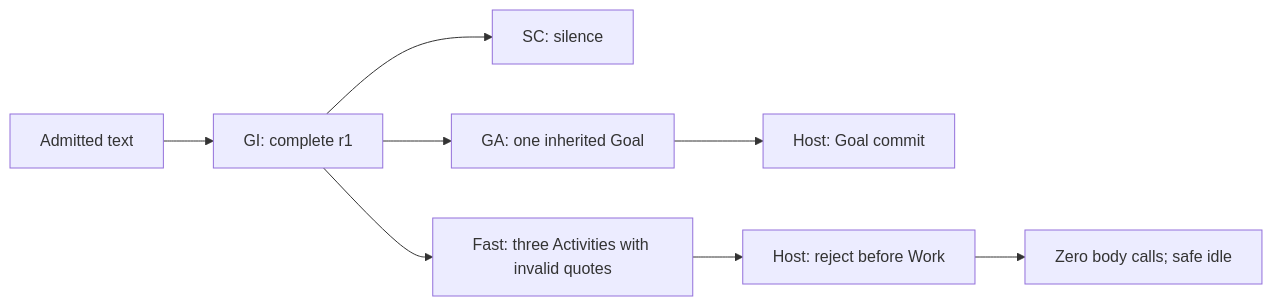
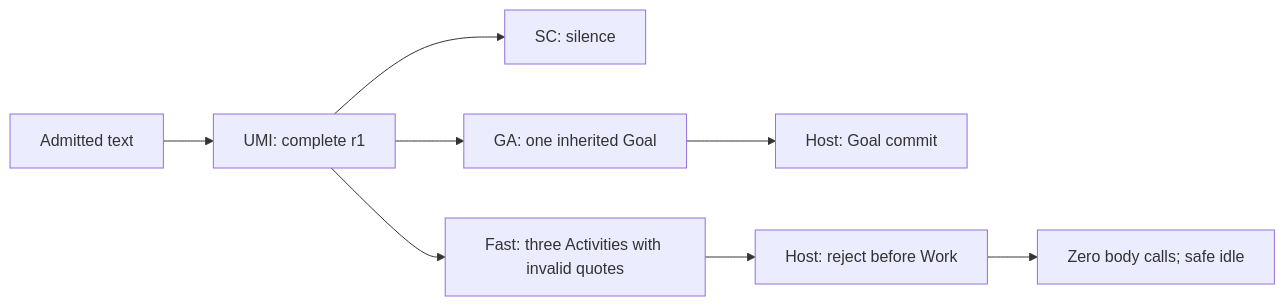
The diagram in DEVELOPMENT_CHECKPOINT.md (TimeTreker/chromie), drawn with Mermaid before and after one commit. The commit also changed other lines of this file and 358 other files, not shown here.

````diff
--- a/DEVELOPMENT_CHECKPOINT.md
+++ b/DEVELOPMENT_CHECKPOINT.md
@@ -501,10 +501,10 @@
 ```mermaid
 flowchart LR
-  Input[Admitted text] --> GI[GI: complete r1]
-  GI --> SC[SC: silence]
-  GI --> GA[GA: one inherited Goal]
-  GI --> Fast[Fast: three Activities with invalid quotes]
+  Input[Admitted text] --> UMI[UMI: complete r1]
+  UMI --> SC[SC: silence]
+  UMI --> GA[GA: one inherited Goal]
+  UMI --> Fast[Fast: three Activities with invalid quotes]
   GA --> Commit[Host: Goal commit]
   Fast --> Reject[Host: reject before Work]
   Reject --> Idle[Zero body calls; safe idle]
 ```
````
